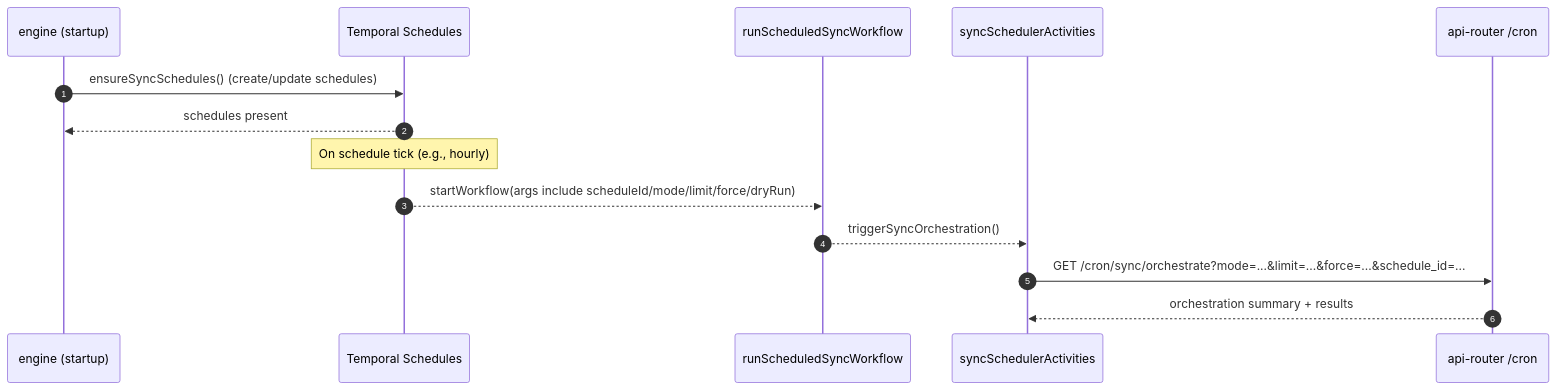
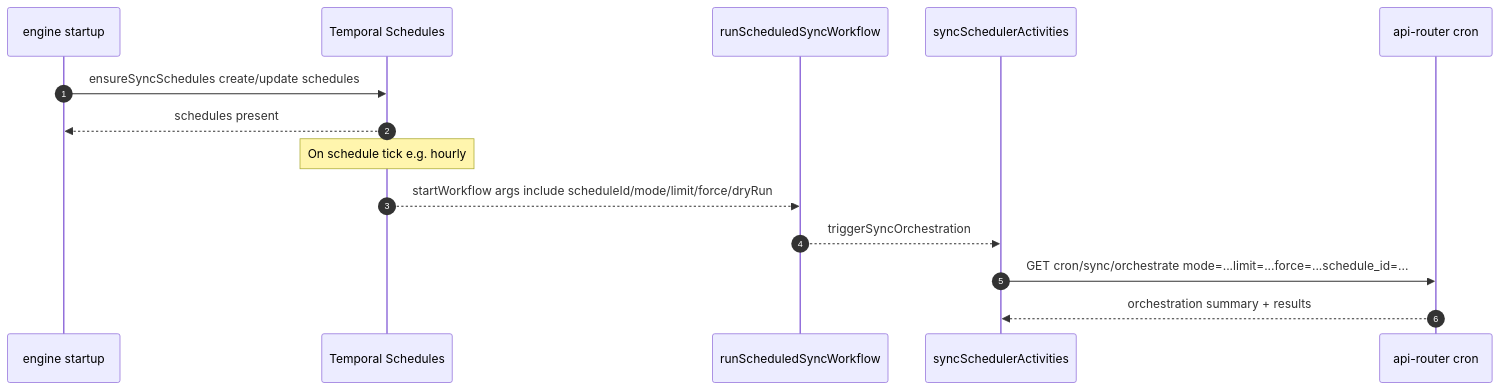
The eighth of 23 diagrams in docs/engineering/architecture/how-dormway-works.mdx (DormWay/mintlify-docs), drawn with Mermaid before and after one commit. The commit also changed other lines of this file, not shown here.

First line of the commit message:
fix: sanitize all 23 mermaid diagrams for Mermaid 11.x

````diff
--- a/docs/engineering/architecture/how-dormway-works.mdx
+++ b/docs/engineering/architecture/how-dormway-works.mdx
@@ -480,18 +480,18 @@
 ```mermaid
 sequenceDiagram
   autonumber
-  participant Engine as engine (startup)
+  participant Engine as engine startup
   participant Temporal as Temporal Schedules
   participant SyncWF as runScheduledSyncWorkflow
   participant SyncAct as syncSchedulerActivities
-  participant API as api-router /cron
+  participant API as api-router cron
 
-  Engine->>Temporal: ensureSyncSchedules() (create/update schedules)
+  Engine->>Temporal: ensureSyncSchedules create/update schedules
   Temporal-->>Engine: schedules present
 
-  Note over Temporal: On schedule tick (e.g., hourly)
-  Temporal-->>SyncWF: startWorkflow(args include scheduleId/mode/limit/force/dryRun)
-  SyncWF-->>SyncAct: triggerSyncOrchestration()
-  SyncAct->>API: GET /cron/sync/orchestrate?mode=...&limit=...&force=...&schedule_id=...
+  Note over Temporal: On schedule tick e.g. hourly
+  Temporal-->>SyncWF: startWorkflow args include scheduleId/mode/limit/force/dryRun
+  SyncWF-->>SyncAct: triggerSyncOrchestration
+  SyncAct->>API: GET cron/sync/orchestrate mode=...limit=...force=...schedule_id=...
   API-->>SyncAct: orchestration summary + results
 ```
````
